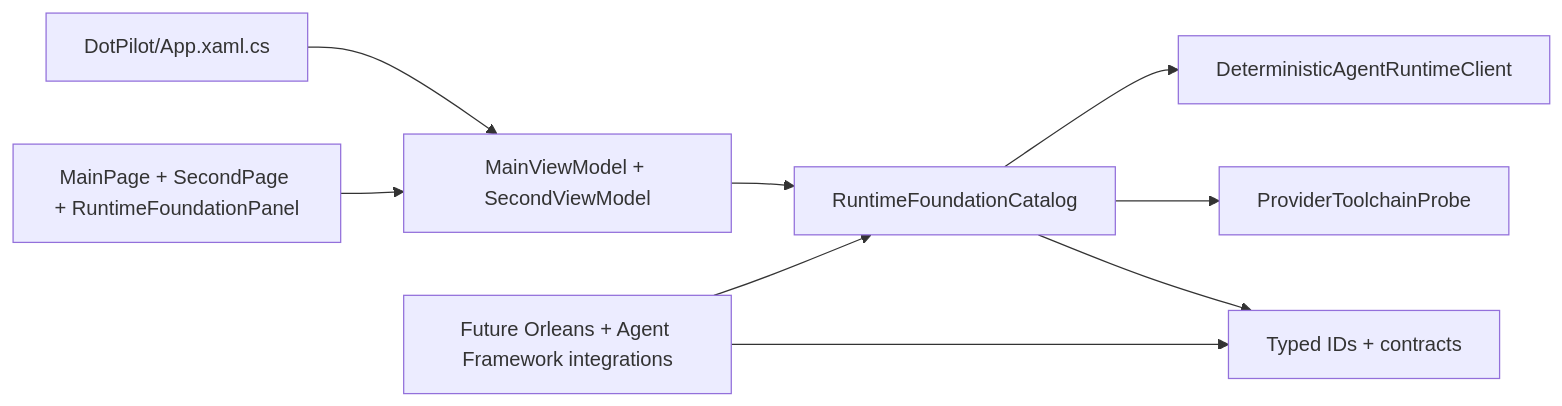
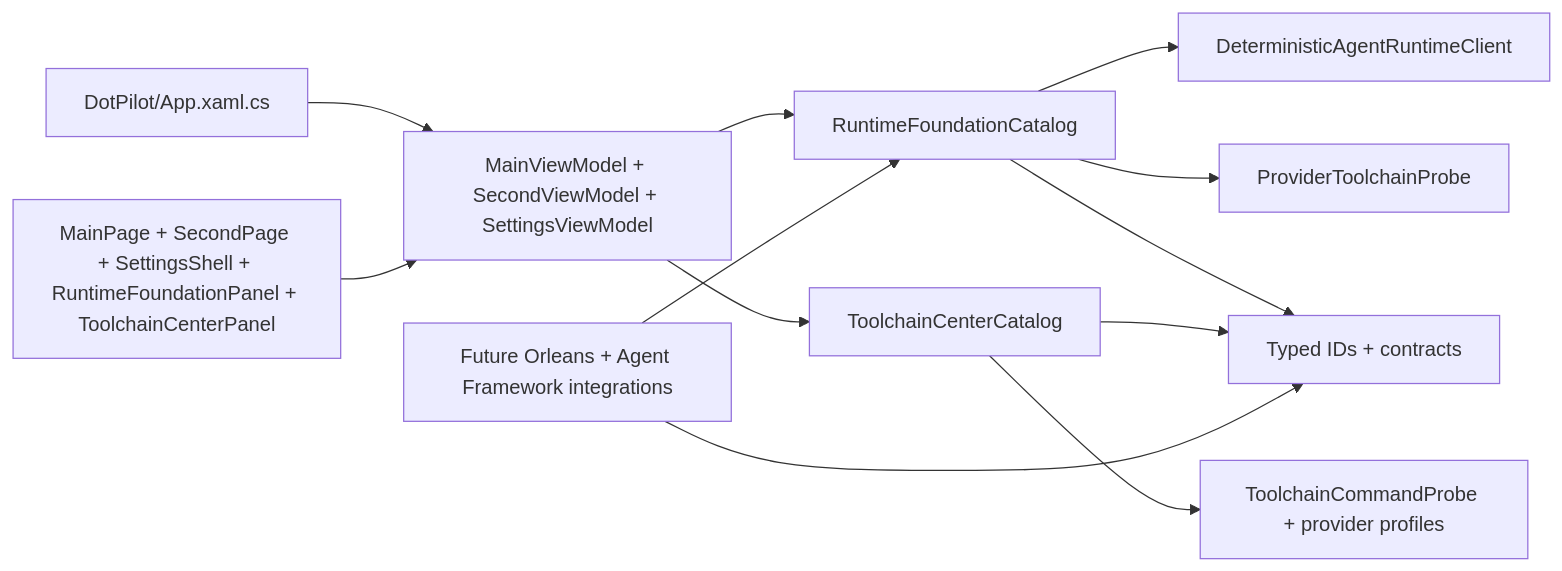
Before and after one commit to managedcode/dotPilot: the fifth of 5 diagrams in docs/Architecture.md, drawn with Mermaid. The commit also changed other lines of this file and 42 other files, not shown here.

Commit message:
feat: add toolchain center slice

````diff
--- a/docs/Architecture.md
+++ b/docs/Architecture.md
@@ -120,20 +157,25 @@
 ```mermaid
 flowchart LR
   App["DotPilot/App.xaml.cs"]
-  Views["MainPage + SecondPage + RuntimeFoundationPanel"]
-  ViewModels["MainViewModel + SecondViewModel"]
+  Views["MainPage + SecondPage + SettingsShell + RuntimeFoundationPanel + ToolchainCenterPanel"]
+  ViewModels["MainViewModel + SecondViewModel + SettingsViewModel"]
   Catalog["RuntimeFoundationCatalog"]
+  Toolchains["ToolchainCenterCatalog"]
   TestClient["DeterministicAgentRuntimeClient"]
   Probe["ProviderToolchainProbe"]
+  ToolchainProbe["ToolchainCommandProbe + provider profiles"]
   Contracts["Typed IDs + contracts"]
   Future["Future Orleans + Agent Framework integrations"]
 
   App --> ViewModels
   Views --> ViewModels
   ViewModels --> Catalog
+  ViewModels --> Toolchains
   Catalog --> TestClient
   Catalog --> Probe
   Catalog --> Contracts
+  Toolchains --> ToolchainProbe
+  Toolchains --> Contracts
   Future --> Contracts
   Future --> Catalog
 ```
````
